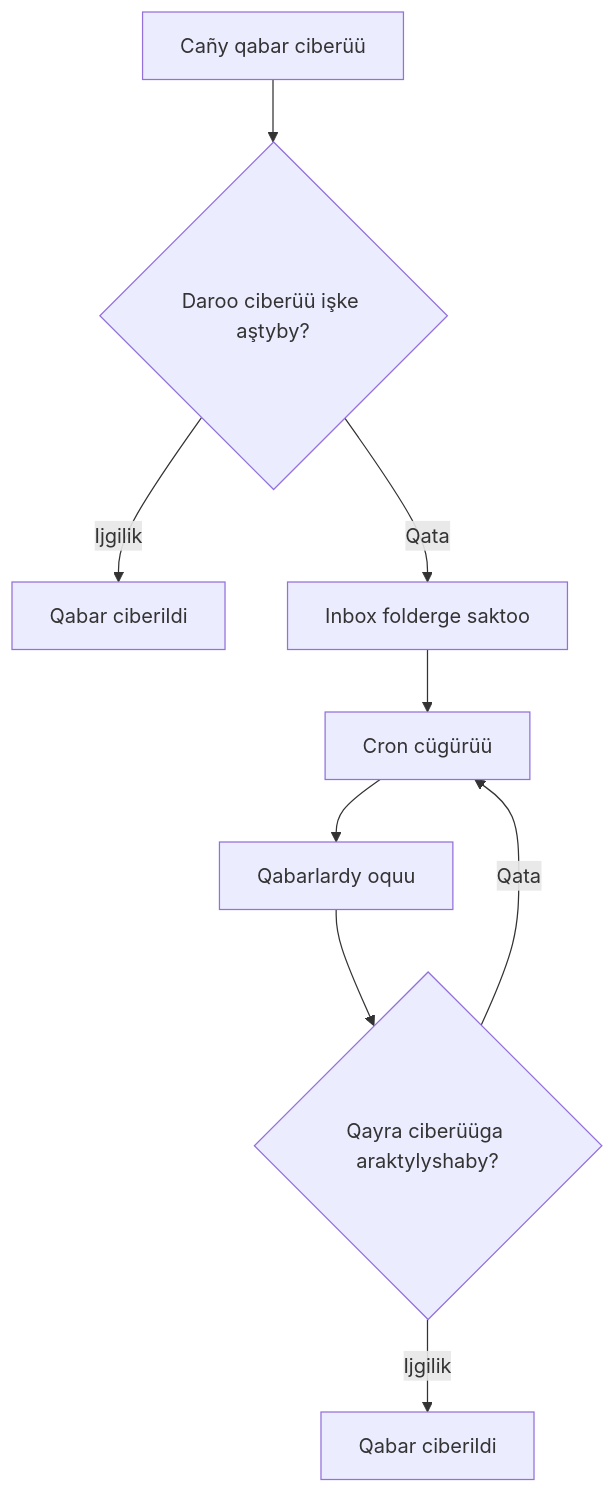
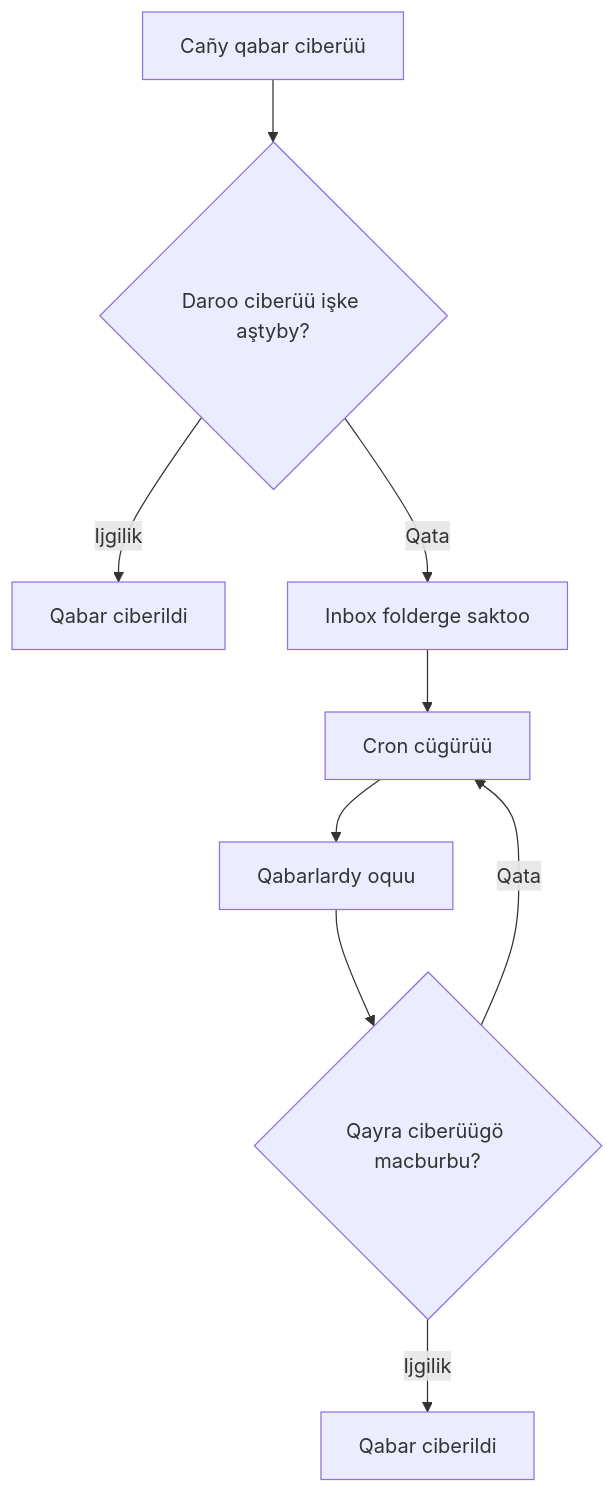
One commit to sultaniman/kpow changed the second of 2 diagrams in docs/qy/readme.md. Above: the diagram before and after it, drawn with Mermaid. The commit also changed 1 other file, not shown here.

Commit message:
sync mermaid charts

````diff
--- a/docs/qy/readme.md
+++ b/docs/qy/readme.md
@@ -151,11 +151,11 @@
 ```mermaid
 flowchart TD
     A[Cañy qabar ciberüü] --> B{Daroo ciberüü işke aştyby?}
     B -- Ijgilik --> C[Qabar ciberildi]
     B -- Qata --> D[Inbox folderge saktoo]
     D --> E[Cron cügürüü]
     E --> F[Qabarlardy oquu]
-    F --> G{Qayra ciberüüga araktylyshaby?}
+    F --> G{Qayra ciberüügö macburbu?}
     G -- Ijgilik --> H[Qabar ciberildi]
     G -- Qata --> E
 ```
````
